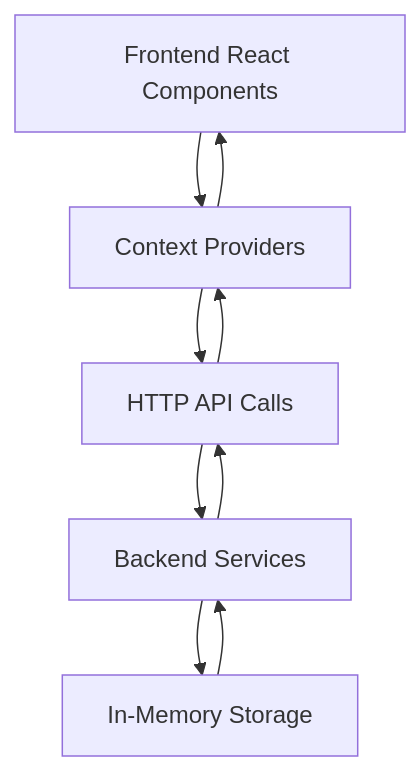
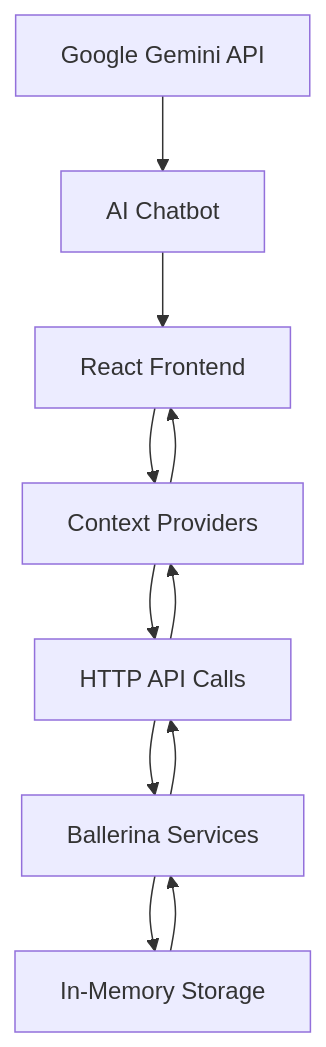
Before and after one commit to dinilH/iwb25-138-binary-bots: the diagram in README.md, drawn with Mermaid. The commit also changed other lines of this file and 5 other files, not shown here.

````diff
--- a/README.md
+++ b/README.md
@@ -125,11 +99,15 @@
 ```mermaid
 graph TB
-    A[Frontend React Components] --> B[Context Providers]
+    A[React Frontend] --> B[Context Providers]
     B --> C[HTTP API Calls]
-    C --> D[Backend Services]
+    C --> D[Ballerina Services]
     D --> E[In-Memory Storage]
     E --> D
     D --> C
     C --> B
     B --> A
+    
+    F[Google Gemini API] --> G[AI Chatbot]
+    G --> A
+    
 ```
````
